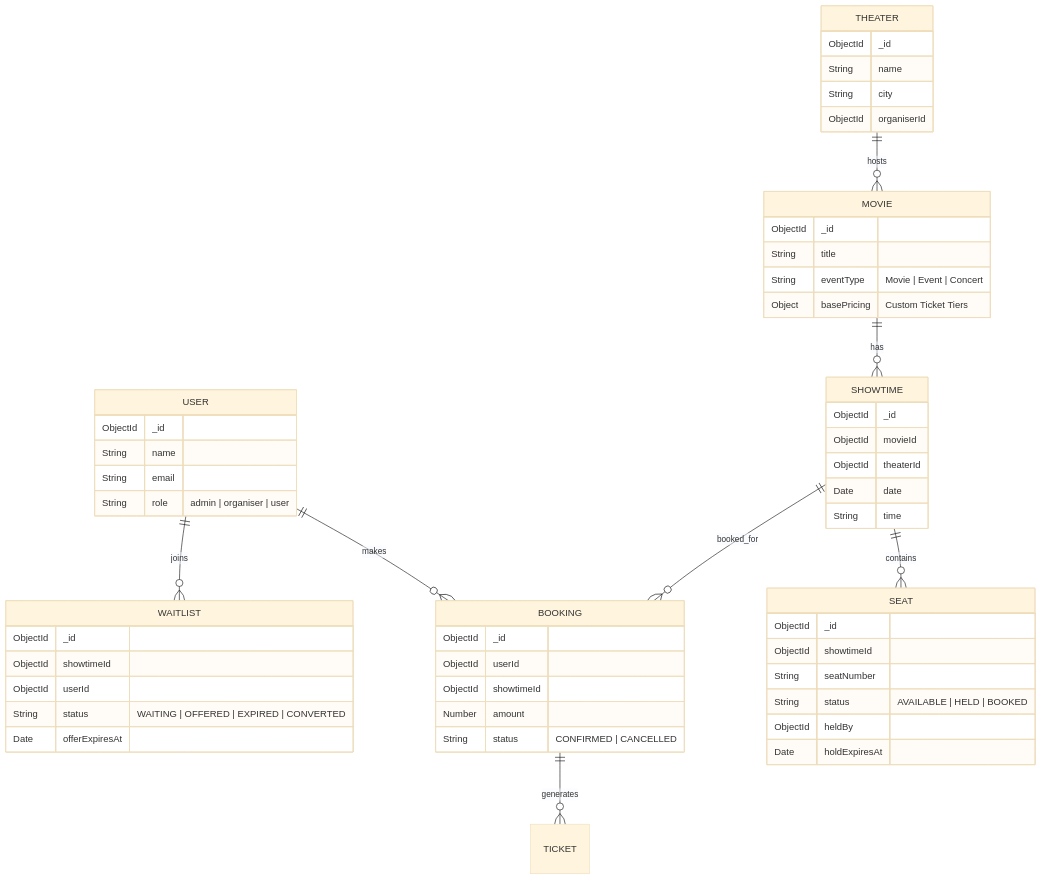
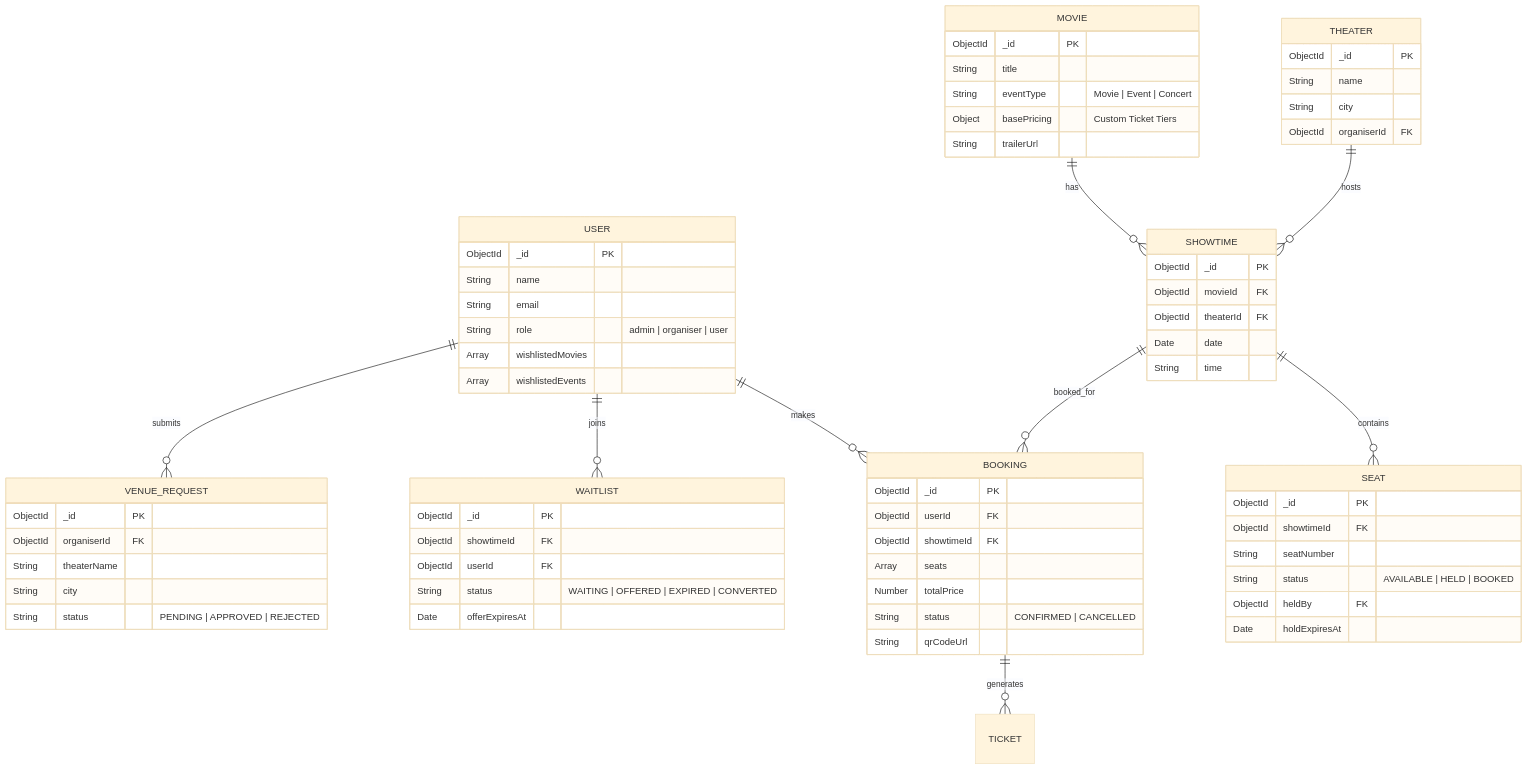
Before and after one commit to yash-shende99/events-ticket-booking: the second of 3 diagrams in README.md, drawn with Mermaid (base theme). The commit also changed other lines of this file, not shown here.

Commit message:
docs: Deeply expand architecture, ER diagrams, and concurrency system design writeup

````diff
--- a/README.md
+++ b/README.md
@@ -78,63 +92,77 @@
 ```mermaid
 erDiagram
     USER ||--o{ BOOKING : makes
     USER ||--o{ WAITLIST : joins
     USER {
-        ObjectId _id
+        ObjectId _id PK
         String name
         String email
         String role "admin | organiser | user"
+        Array wishlistedMovies
+        Array wishlistedEvents
     }
 
-    THEATER ||--o{ MOVIE : hosts
+    USER ||--o{ VENUE_REQUEST : submits
+    VENUE_REQUEST {
+        ObjectId _id PK
+        ObjectId organiserId FK
+        String theaterName
+        String city
+        String status "PENDING | APPROVED | REJECTED"
+    }
+
+    THEATER ||--o{ SHOWTIME : hosts
     THEATER {
-        ObjectId _id
+        ObjectId _id PK
         String name
         String city
-        ObjectId organiserId
+        ObjectId organiserId FK
     }
 
     MOVIE ||--o{ SHOWTIME : has
     MOVIE {
-        ObjectId _id
+        ObjectId _id PK
         String title
         String eventType "Movie | Event | Concert"
         Object basePricing "Custom Ticket Tiers"
+        String trailerUrl
     }
 
     SHOWTIME ||--o{ SEAT : contains
     SHOWTIME ||--o{ BOOKING : booked_for
     SHOWTIME {
-        ObjectId _id
-        ObjectId movieId
-        ObjectId theaterId
+        ObjectId _id PK
+        ObjectId movieId FK
+        ObjectId theaterId FK
         Date date
         String time
     }
 
     SEAT {
-        ObjectId _id
-        ObjectId showtimeId
+        ObjectId _id PK
+        ObjectId showtimeId FK
         String seatNumber
         String status "AVAILABLE | HELD | BOOKED"
-        ObjectId heldBy
+        ObjectId heldBy FK
         Date holdExpiresAt
     }
 
     BOOKING ||--o{ TICKET : generates
     BOOKING {
-        ObjectId _id
-        ObjectId userId
-        ObjectId showtimeId
-        Number amount
+        ObjectId _id PK
+        ObjectId userId FK
+        ObjectId showtimeId FK
+        Array seats
+        Number totalPrice
         String status "CONFIRMED | CANCELLED"
+        String qrCodeUrl
     }
 
     WAITLIST {
-        ObjectId _id
-        ObjectId showtimeId
-        ObjectId userId
+        ObjectId _id PK
+        ObjectId showtimeId FK
+        ObjectId userId FK
         String status "WAITING | OFFERED | EXPIRED | CONVERTED"
         Date offerExpiresAt
     }
 ```
````
